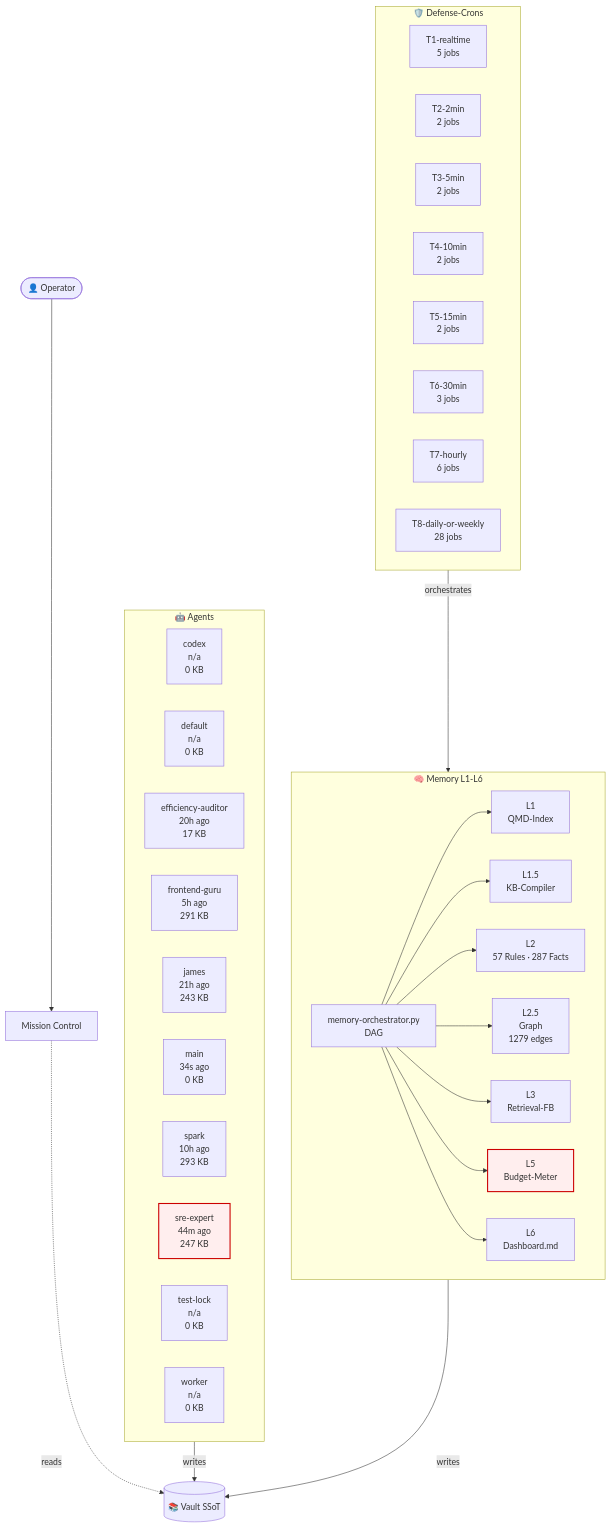
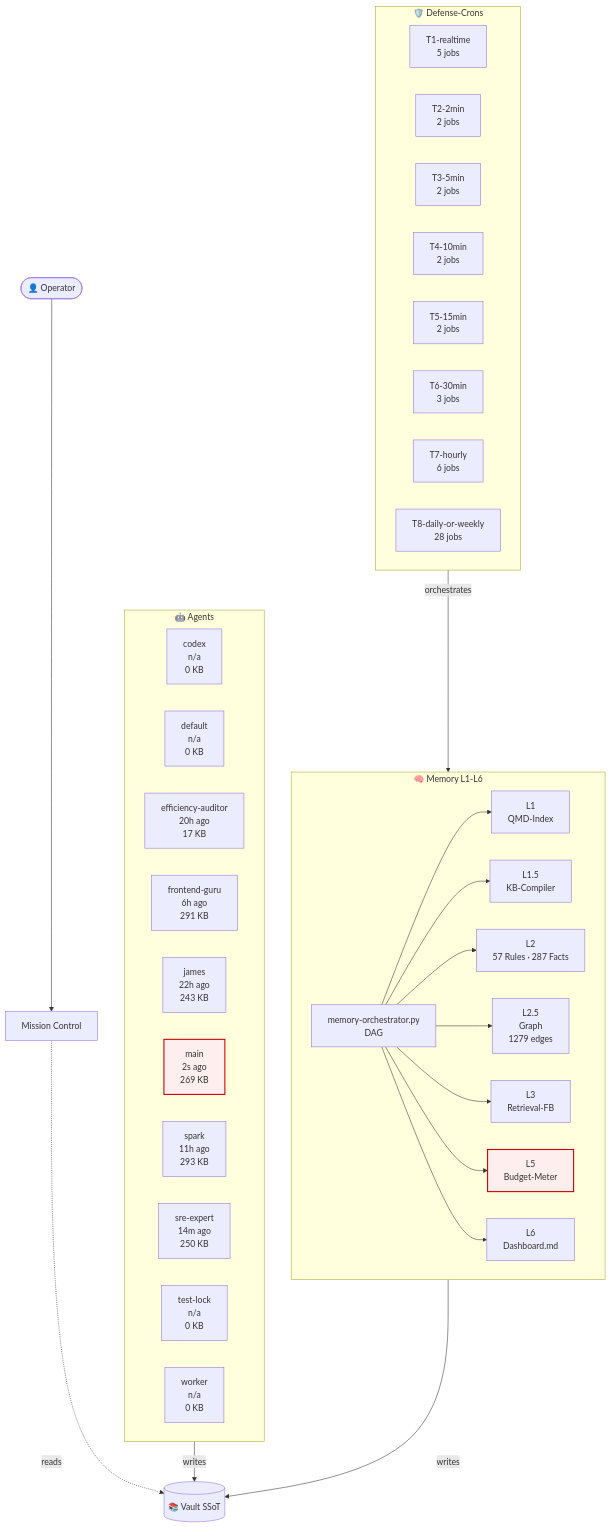
One commit to lenardhuebner88-rgb/openclaw-memory changed the diagram in 03-Agents/architecture-live.md. Above: the diagram before and after it, drawn with Mermaid. The commit also changed other lines of this file and 3 other files, not shown here.

````diff
--- a/03-Agents/architecture-live.md
+++ b/03-Agents/architecture-live.md
@@ -18,53 +18,53 @@
 ```mermaid
 flowchart TB
     classDef critical fill:#fee,stroke:#c00,stroke-width:2px;
     subgraph AGT["🤖 Agents"]
         agent_codex["codex<br/>n/a<br/>0 KB"]
         agent_default["default<br/>n/a<br/>0 KB"]
         agent_efficiency_auditor["efficiency-auditor<br/>20h ago<br/>17 KB"]
-        agent_frontend_guru["frontend-guru<br/>5h ago<br/>291 KB"]
-        agent_james["james<br/>21h ago<br/>243 KB"]
-        agent_main["main<br/>34s ago<br/>0 KB"]
-        agent_spark["spark<br/>10h ago<br/>293 KB"]
-        agent_sre_expert["sre-expert<br/>44m ago<br/>247 KB"]
+        agent_frontend_guru["frontend-guru<br/>6h ago<br/>291 KB"]
+        agent_james["james<br/>22h ago<br/>243 KB"]
+        agent_main["main<br/>2s ago<br/>269 KB"]
+        agent_spark["spark<br/>11h ago<br/>293 KB"]
+        agent_sre_expert["sre-expert<br/>14m ago<br/>250 KB"]
         agent_test_lock["test-lock<br/>n/a<br/>0 KB"]
         agent_worker["worker<br/>n/a<br/>0 KB"]
     end
     subgraph MEM["🧠 Memory L1-L6"]
         L1["L1<br/>QMD-Index"]
         L15["L1.5<br/>KB-Compiler"]
         L2["L2<br/>57 Rules · 287 Facts"]
         L25["L2.5<br/>Graph<br/>1279 edges"]
         L3["L3<br/>Retrieval-FB"]
         L5["L5<br/>Budget-Meter"]
         L6["L6<br/>Dashboard.md"]
         ORCH["memory-orchestrator.py<br/>DAG"]
     end
     subgraph CRN["🛡️ Defense-Crons"]
         tier_T1_realtime["T1-realtime<br/>5 jobs"]
         tier_T2_2min["T2-2min<br/>2 jobs"]
         tier_T3_5min["T3-5min<br/>2 jobs"]
         tier_T4_10min["T4-10min<br/>2 jobs"]
         tier_T5_15min["T5-15min<br/>2 jobs"]
         tier_T6_30min["T6-30min<br/>3 jobs"]
         tier_T7_hourly["T7-hourly<br/>6 jobs"]
         tier_T8_daily_or_weekly["T8-daily-or-weekly<br/>28 jobs"]
     end
     VAULT[("📚 Vault SSoT")]
     OP([👤 Operator])
     MC["Mission Control"]
     OP --> MC
     MC -.reads.-> VAULT
     AGT -->|writes| VAULT
     MEM -->|writes| VAULT
     ORCH --> L1
     ORCH --> L15
     ORCH --> L2
     ORCH --> L25
     ORCH --> L3
     ORCH --> L5
     ORCH --> L6
     CRN -->|orchestrates| MEM
     class L5 critical
-    class agent_sre_expert critical
+    class agent_main critical
 ```
````
